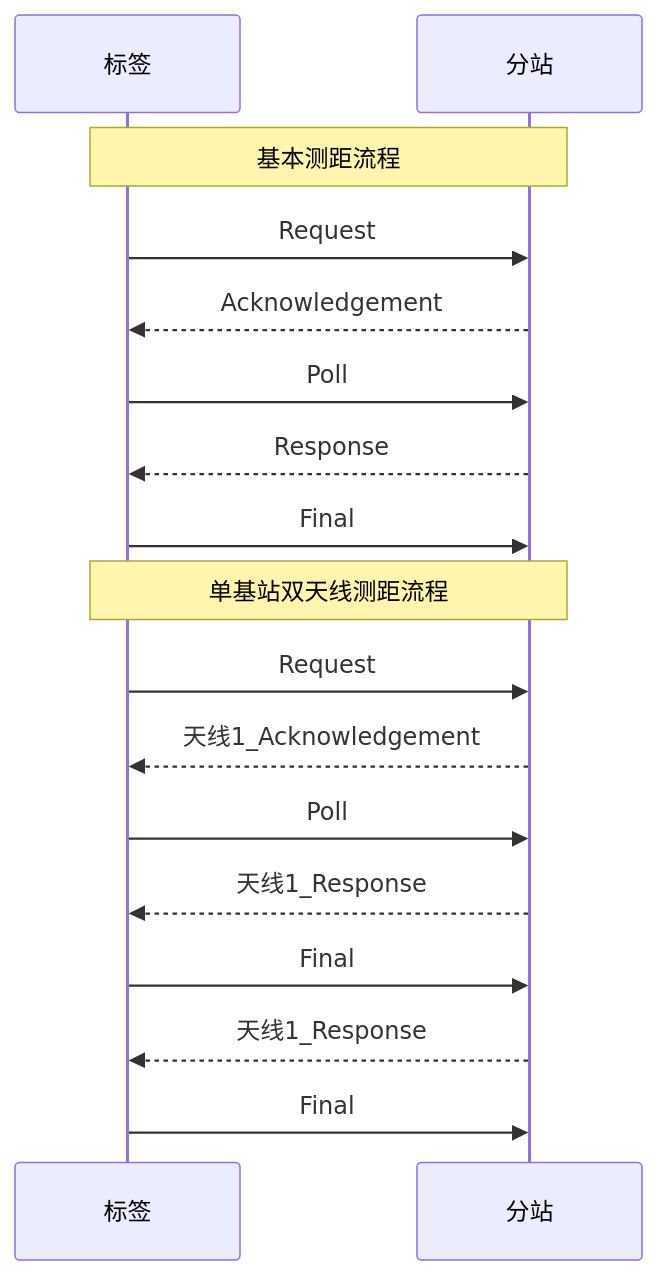
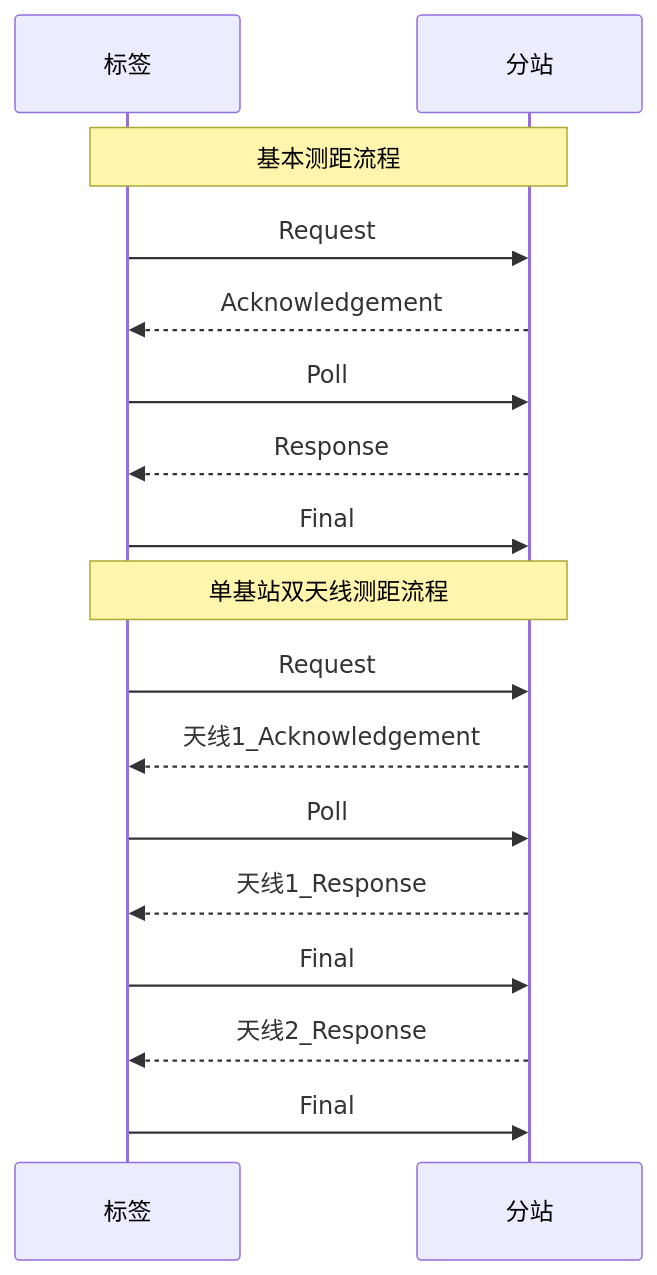
One commit to geek-zhao/iodraw-files changed the diagram in all/未命名.md. Above: the diagram before and after it, drawn with Mermaid.

Commit message:
2024-08-17 14:07:33 update

````diff
--- a/all/未命名.md
+++ b/all/未命名.md
@@ -1,23 +1,25 @@
 ```mermaid
 sequenceDiagram
     participant tag as 标签
     participant anchor as 分站
 
     Note over tag,anchor: 基本测距流程
 
     tag->>anchor: Request
     anchor-->>tag: Acknowledgement
     tag->>anchor: Poll
     anchor-->>tag: Response
     tag->>anchor: Final       
 
     Note over tag,anchor: 单基站双天线测距流程
 
     tag->>anchor: Request
     anchor-->>tag: 天线1_Acknowledgement
     tag->>anchor: Poll
     anchor-->>tag: 天线1_Response
     tag->>anchor: Final   
-    anchor-->>tag: 天线1_Response
+    anchor-->>tag: 天线2_Response
     tag->>anchor: Final   
+
+    
 ```
````
